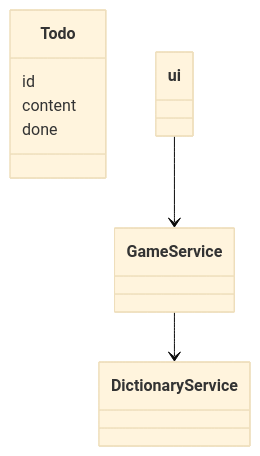
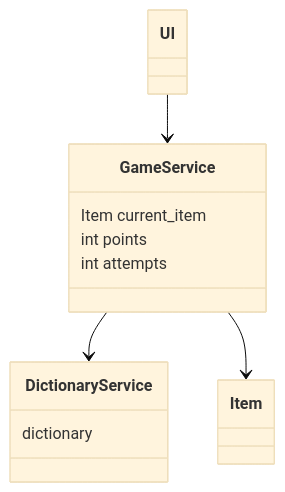
Before and after one commit to juhanikat/ot-harjoitustyo: the first of 2 diagrams in dokumentaatio/arkkitehtuuri.md, drawn with Mermaid (base theme). The commit also changed other lines of this file and 5 other files, not shown here.

````diff
--- a/dokumentaatio/arkkitehtuuri.md
+++ b/dokumentaatio/arkkitehtuuri.md
@@ -1,12 +4,18 @@
 ```mermaid
     classDiagram
         GameService --> DictionaryService
+        GameService --> Item
+        UI --> GameService
         DictionaryService
-        class Todo{
-            id
-            content
-            done
+        class GameService{
+            Item current_item
+            int points
+            int attempts
         }
+        class DictionaryService{
+            dictionary
+        }
+        class Item{
 
-        ui --> GameService
+        }
 ```
````
